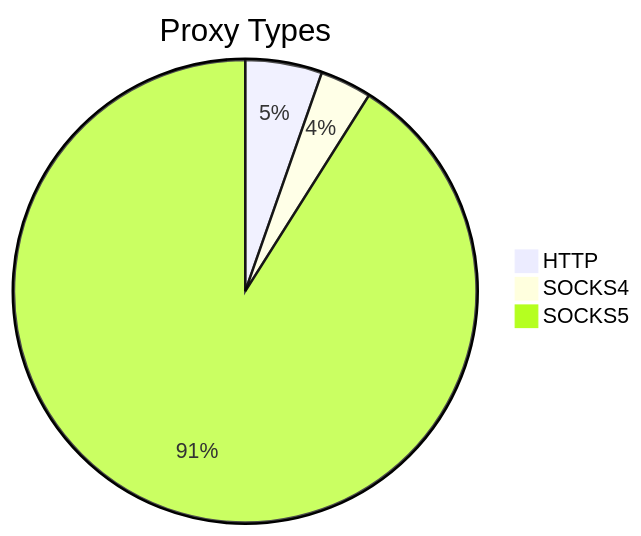
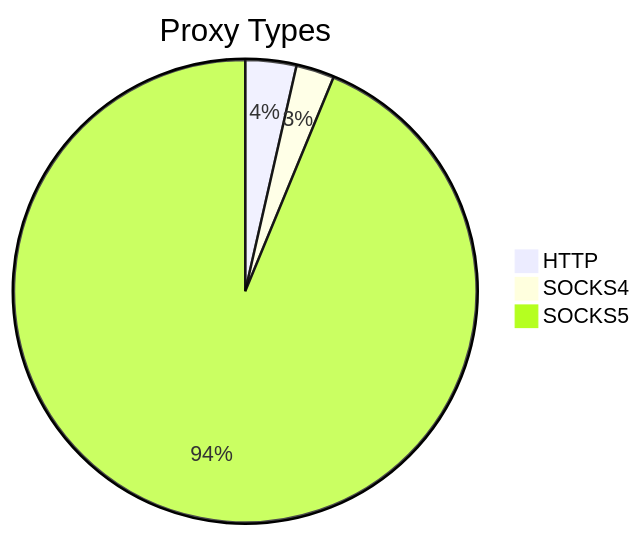
The first of 2 diagrams in README.md (stormsia/proxy-list), drawn with Mermaid before and after one commit. The commit also changed other lines of this file, not shown here.

````diff
--- a/README.md
+++ b/README.md
@@ -21,6 +21,6 @@
 ```mermaid
 pie title Proxy Types
-    "HTTP" : 73
-    "SOCKS4" : 49
-    "SOCKS5" : 1239
+    "HTTP" : 104
+    "SOCKS4" : 78
+    "SOCKS5" : 2739
 ```
````
